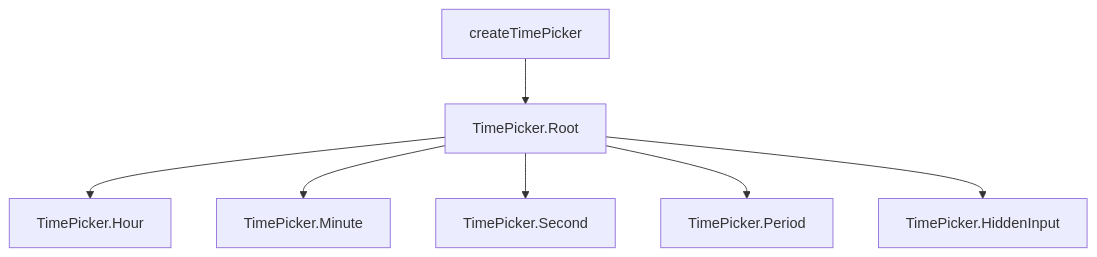
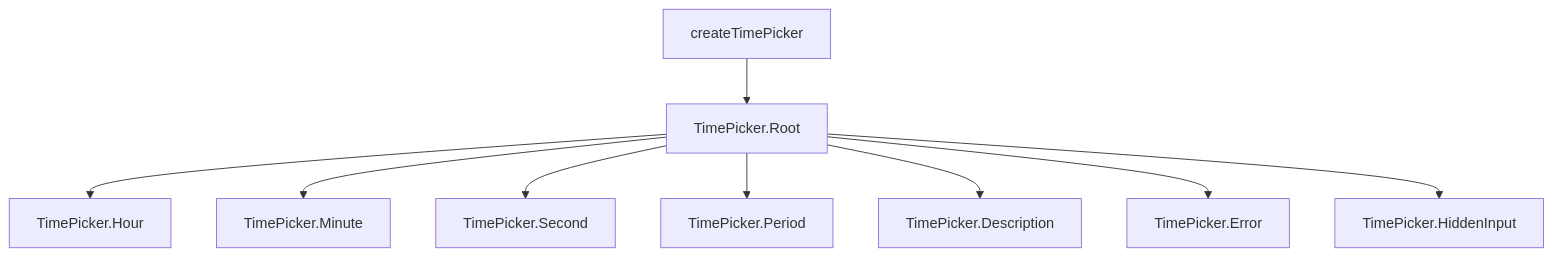
Before and after one commit to vuetifyjs/0: the diagram in apps/docs/src/pages/components/forms/time-picker.md, drawn with Mermaid. The commit also changed other lines of this file and 5 other files, not shown here.

Commit message:
docs(TimePicker): document validation

````diff
--- a/apps/docs/src/pages/components/forms/time-picker.md
+++ b/apps/docs/src/pages/components/forms/time-picker.md
@@ -59,17 +63,21 @@
 ```mermaid "TimePicker Architecture"
 flowchart TD
   Picker["createTimePicker"]
   Root["TimePicker.Root"]:::primary
   Hour["TimePicker.Hour"]
   Minute["TimePicker.Minute"]
   Second["TimePicker.Second"]
   Period["TimePicker.Period"]
+  Description["TimePicker.Description"]
+  Error["TimePicker.Error"]
   HiddenInput["TimePicker.HiddenInput"]
 
   Picker --> Root
   Root --> Hour
   Root --> Minute
   Root --> Second
   Root --> Period
+  Root --> Description
+  Root --> Error
   Root --> HiddenInput
 ```
````
